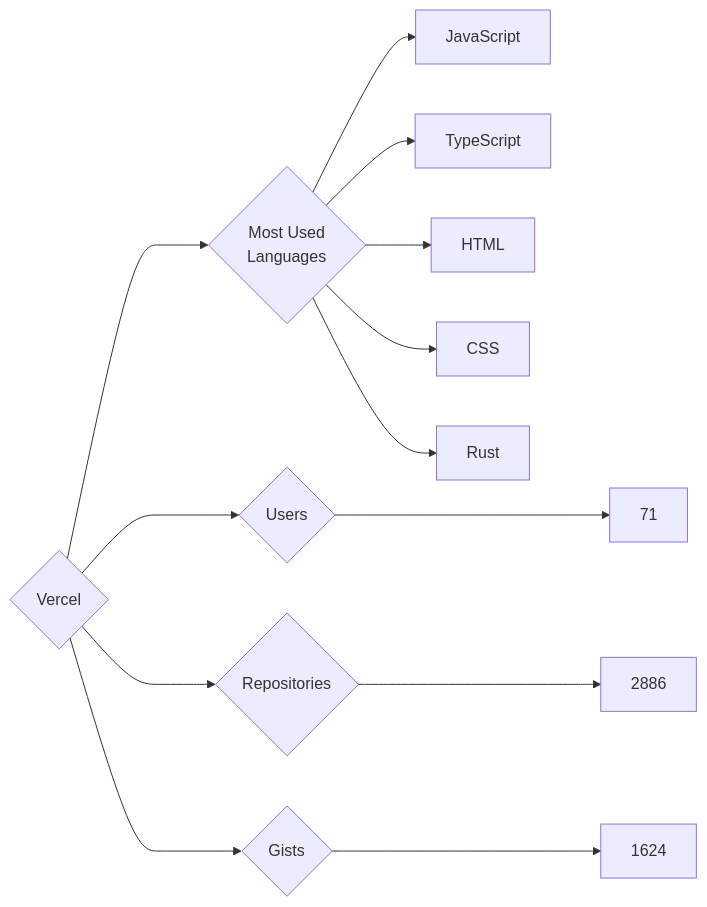
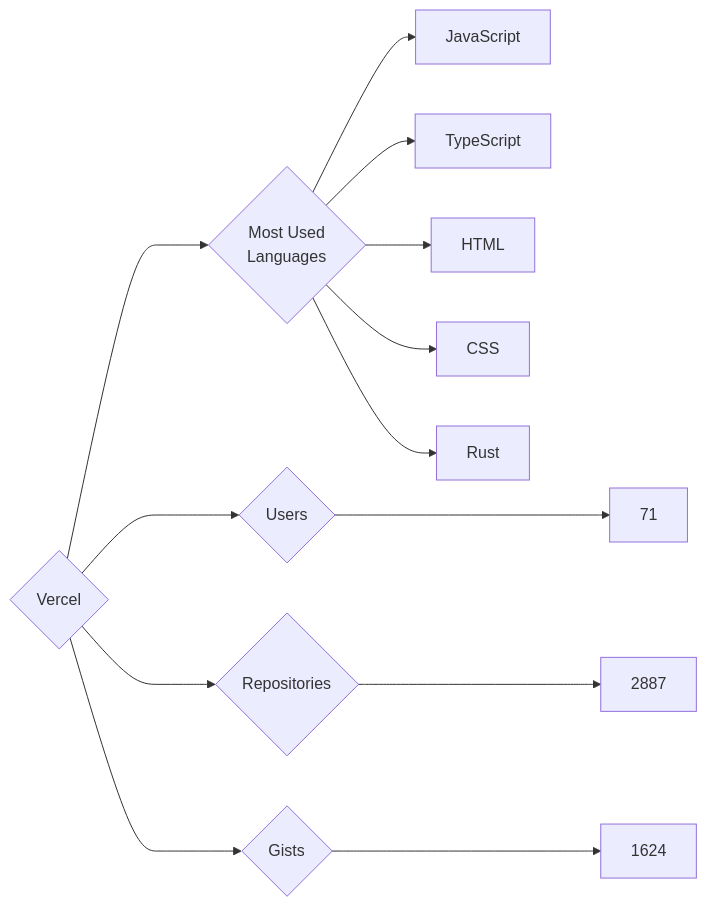
The diagram in targets/Vercel/README.md (trickest/insiders), drawn with Mermaid before and after one commit. The commit also changed 903 other files, not shown here.

````diff
--- a/targets/Vercel/README.md
+++ b/targets/Vercel/README.md
@@ -3,13 +3,13 @@
 ```mermaid
 graph LR
 COMPANY_NAME{Vercel}
 COMPANY_NAME ---> U{Users} ---> UN[71]
-COMPANY_NAME ---> R{Repositories} ---> RN[2886]
+COMPANY_NAME ---> R{Repositories} ---> RN[2887]
 COMPANY_NAME ---> G{Gists} ---> GN[1624]
 COMPANY_NAME ---> ML{Most Used<br>Languages}
 ML --> JavaScript[JavaScript]
 ML --> TypeScript[TypeScript]
 ML --> HTML[HTML]
 ML --> CSS[CSS]
 ML --> Rust[Rust]
 ```
````
